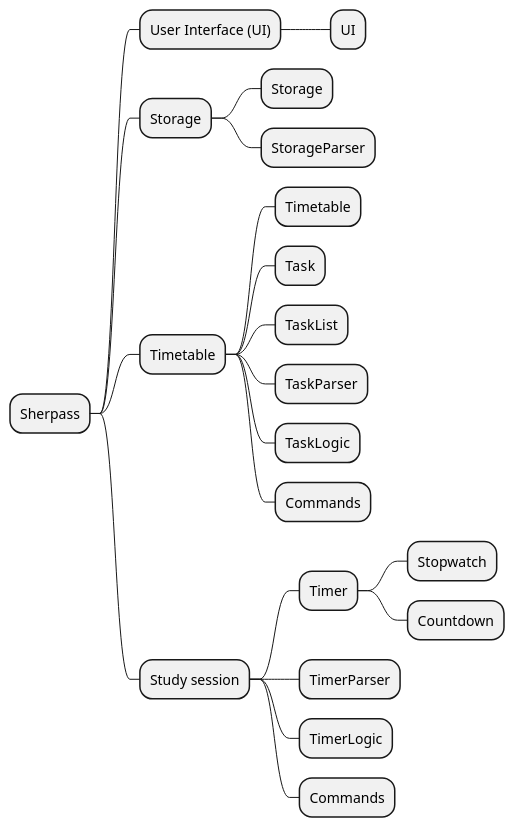
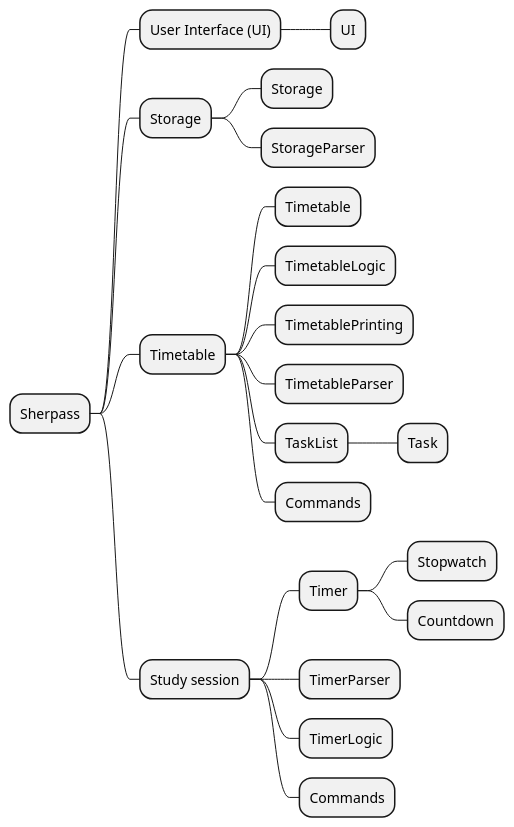
Before and after one commit to nus-cs2113-AY2122S2/tp: the diagram in docs/puml/ArchitectureDiagram.puml, drawn with PlantUML. The commit also changed 2 other files, not shown here.

```diff
--- a/docs/puml/ArchitectureDiagram.puml
+++ b/docs/puml/ArchitectureDiagram.puml
@@ -1,22 +1,23 @@
 @startmindmap
 * Sherpass
 ** User Interface (UI)
 *** UI
 ** Storage
 *** Storage
 *** StorageParser
 ** Timetable
 *** Timetable
-*** Task
+*** TimetableLogic
+*** TimetablePrinting
+*** TimetableParser
 *** TaskList
-*** TaskParser
-*** TaskLogic
+**** Task
 *** Commands
 ** Study session
 *** Timer
 **** Stopwatch
 **** Countdown
 *** TimerParser
 *** TimerLogic
 *** Commands
 @endmindmap
```
